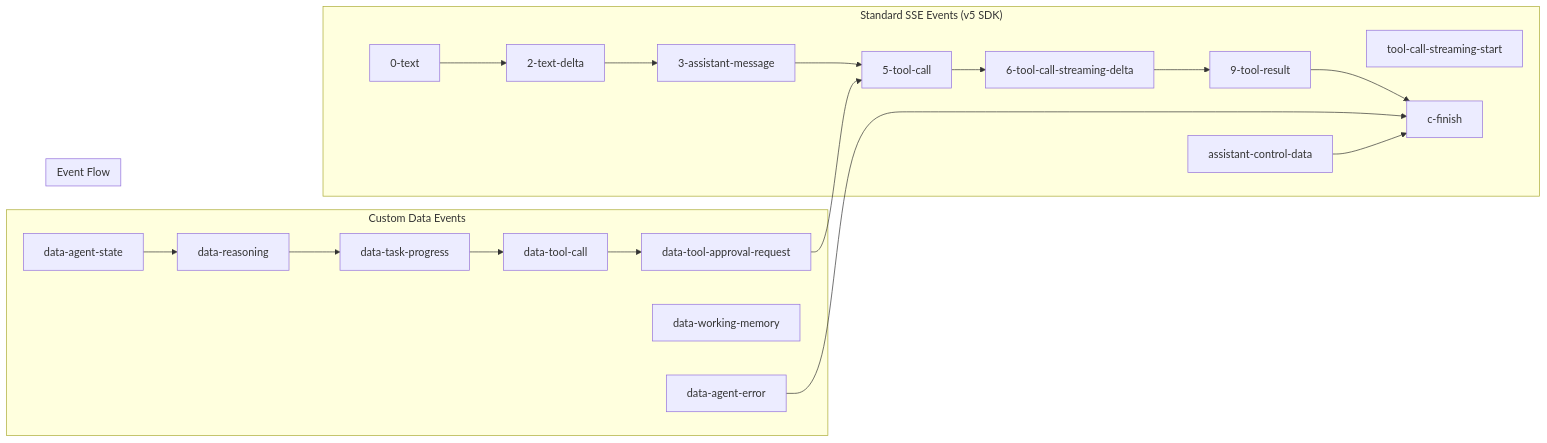
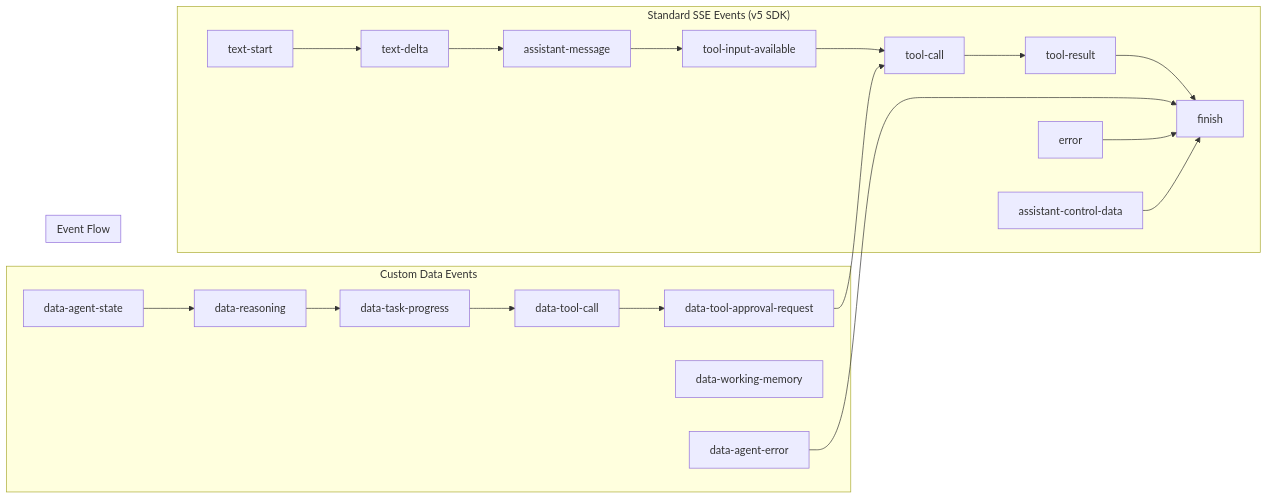
Before and after one commit to archestra-ai/prototypes: the third of 3 diagrams in desktop/chat-architecture.md, drawn with Mermaid. The commit also changed other lines of this file and 1 other file, not shown here.

Commit message:
docs: update CLAUDE.md and chat-architecture.md to reflect Vercel AI SDK v5 refactor
- Updated tech stack to emphasize Vercel AI SDK v5 integration
- Clarified separation between streaming endpoint (/llm/ollama/stream) and CRUD endpoints (/api/chat)
- Added new components and utilities introduced in PR
- Updated mermaid diagrams to show custom transport and SSE event flow
- Fixed chat_interactions->chat_messages rename
- Added structured tool output component documentation

````diff
--- a/desktop/chat-architecture.md
+++ b/desktop/chat-architecture.md
@@ -141,42 +145,43 @@
 ```mermaid
 graph LR
     subgraph "Standard SSE Events (v5 SDK)"
-        TS[0-text]
-        TD[2-text-delta]
-        SS[5-tool-call]
-        FS[9-tool-result]
-        TC[tool-call-streaming-start]
-        TCS[6-tool-call-streaming-delta]
-        MSG[3-assistant-message]
+        TS[text-start]
+        TD[text-delta]
+        TIA[tool-input-available]
+        TC[tool-call]
+        TR[tool-result]
+        MSG[assistant-message]
         CMSG[assistant-control-data]
-        FIN[c-finish]
+        ERR[error]
+        FIN[finish]
     end
 
     subgraph "Custom Data Events"
         DAS[data-agent-state]
         DRE[data-reasoning]
         DTP[data-task-progress]
         DTC[data-tool-call]
         DTAR[data-tool-approval-request]
         DWMU[data-working-memory]
         DERR[data-agent-error]
     end
 
     subgraph "Event Flow"
         TS --> TD
         TD --> MSG
-        MSG --> SS
-        SS --> TCS
-        TCS --> FS
+        MSG --> TIA
+        TIA --> TC
+        TC --> TR
         
         DAS --> DRE
         DRE --> DTP
         DTP --> DTC
         DTC --> DTAR
-        DTAR --> SS
+        DTAR --> TC
         
-        FS --> FIN
+        TR --> FIN
         DERR --> FIN
+        ERR --> FIN
         CMSG --> FIN
     end
 ```
````
